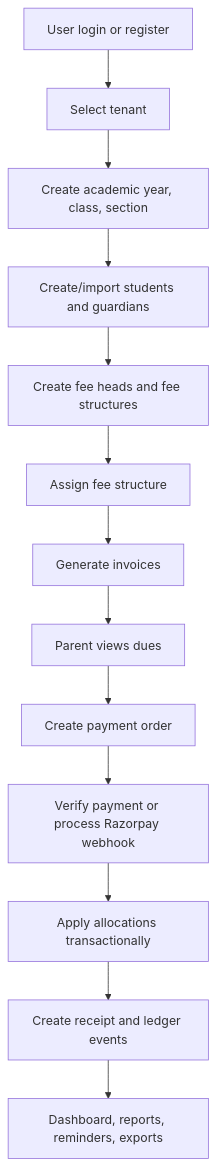
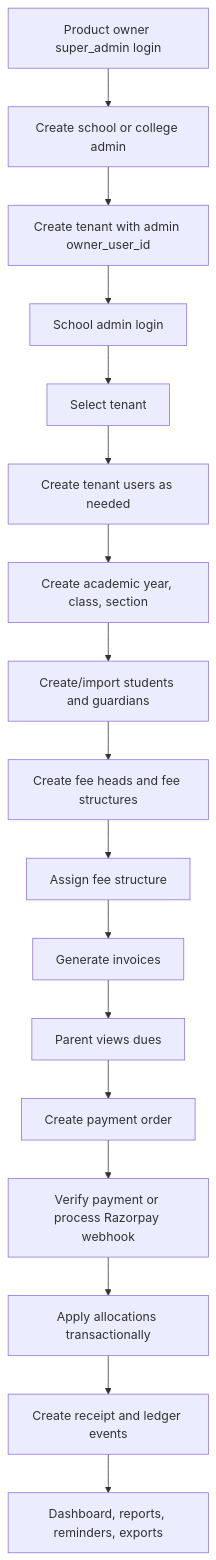
One commit to itsVijayCoder/edu-wallet-backend changed the third of 3 diagrams in docs/PROJECT_FLOW.md. Above: the diagram before and after it, drawn with Mermaid. The commit also changed 18 other files, not shown here.

First line of the commit message:
feat: Implement tenant user creation and onboarding flow

````diff
--- a/docs/PROJECT_FLOW.md
+++ b/docs/PROJECT_FLOW.md
@@ -80,15 +80,19 @@
 ```mermaid
 flowchart TD
-  A[User login or register] --> B[Select tenant]
-  B --> C[Create academic year, class, section]
-  C --> D[Create/import students and guardians]
-  D --> E[Create fee heads and fee structures]
-  E --> F[Assign fee structure]
-  F --> G[Generate invoices]
-  G --> H[Parent views dues]
-  H --> I[Create payment order]
-  I --> J[Verify payment or process Razorpay webhook]
-  J --> K[Apply allocations transactionally]
-  K --> L[Create receipt and ledger events]
-  L --> M[Dashboard, reports, reminders, exports]
+  A[Product owner super_admin login] --> B[Create school or college admin]
+  B --> C[Create tenant with admin owner_user_id]
+  C --> D[School admin login]
+  D --> E[Select tenant]
+  E --> F[Create tenant users as needed]
+  F --> G[Create academic year, class, section]
+  G --> H[Create/import students and guardians]
+  H --> I[Create fee heads and fee structures]
+  I --> J[Assign fee structure]
+  J --> K[Generate invoices]
+  K --> L[Parent views dues]
+  L --> M[Create payment order]
+  M --> N[Verify payment or process Razorpay webhook]
+  N --> O[Apply allocations transactionally]
+  O --> P[Create receipt and ledger events]
+  P --> Q[Dashboard, reports, reminders, exports]
 ```
````
